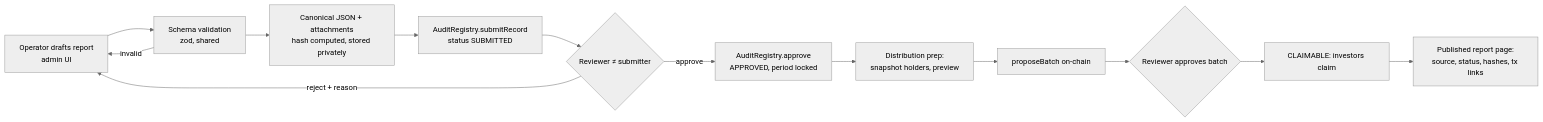
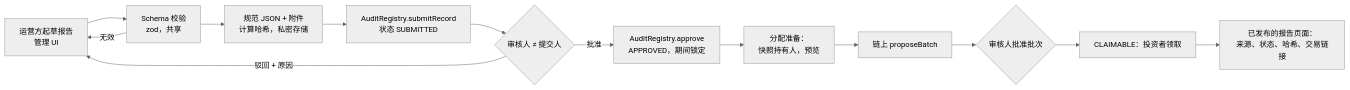
One commit to AgntSpark1/Roboshare changed the second of 2 diagrams in docs/ARCHITECTURE.md. Above: the diagram before and after it, drawn with Mermaid (neutral theme). The commit also changed other lines of this file and 15 other files, not shown here.

````diff
--- a/docs/ARCHITECTURE.md
+++ b/docs/ARCHITECTURE.md
@@ -126,15 +126,15 @@
 ```mermaid
 flowchart LR
-  A[Operator drafts report<br/>admin UI] --> B[Schema validation<br/>zod, shared]
-  B -->|invalid| A
-  B --> C[Canonical JSON + attachments<br/>hash computed, stored privately]
-  C --> D[AuditRegistry.submitRecord<br/>status SUBMITTED]
-  D --> E{Reviewer ≠ submitter}
-  E -->|reject + reason| A
-  E -->|approve| F[AuditRegistry.approve<br/>APPROVED, period locked]
-  F --> G[Distribution prep:<br/>snapshot holders, preview]
-  G --> H[proposeBatch on-chain]
-  H --> I{Reviewer approves batch}
-  I --> J[CLAIMABLE: investors claim]
-  J --> K[Published report page:<br/>source, status, hashes, tx links]
+  A[运营方起草报告<br/>管理 UI] --> B[Schema 校验<br/>zod，共享]
+  B -->|无效| A
+  B --> C[规范 JSON + 附件<br/>计算哈希，私密存储]
+  C --> D[AuditRegistry.submitRecord<br/>状态 SUBMITTED]
+  D --> E{审核人 ≠ 提交人}
+  E -->|驳回 + 原因| A
+  E -->|批准| F[AuditRegistry.approve<br/>APPROVED，期间锁定]
+  F --> G[分配准备：<br/>快照持有人，预览]
+  G --> H[链上 proposeBatch]
+  H --> I{审核人批准批次}
+  I --> J[CLAIMABLE：投资者领取]
+  J --> K[已发布的报告页面：<br/>来源、状态、哈希、交易链接]
 ```
````
